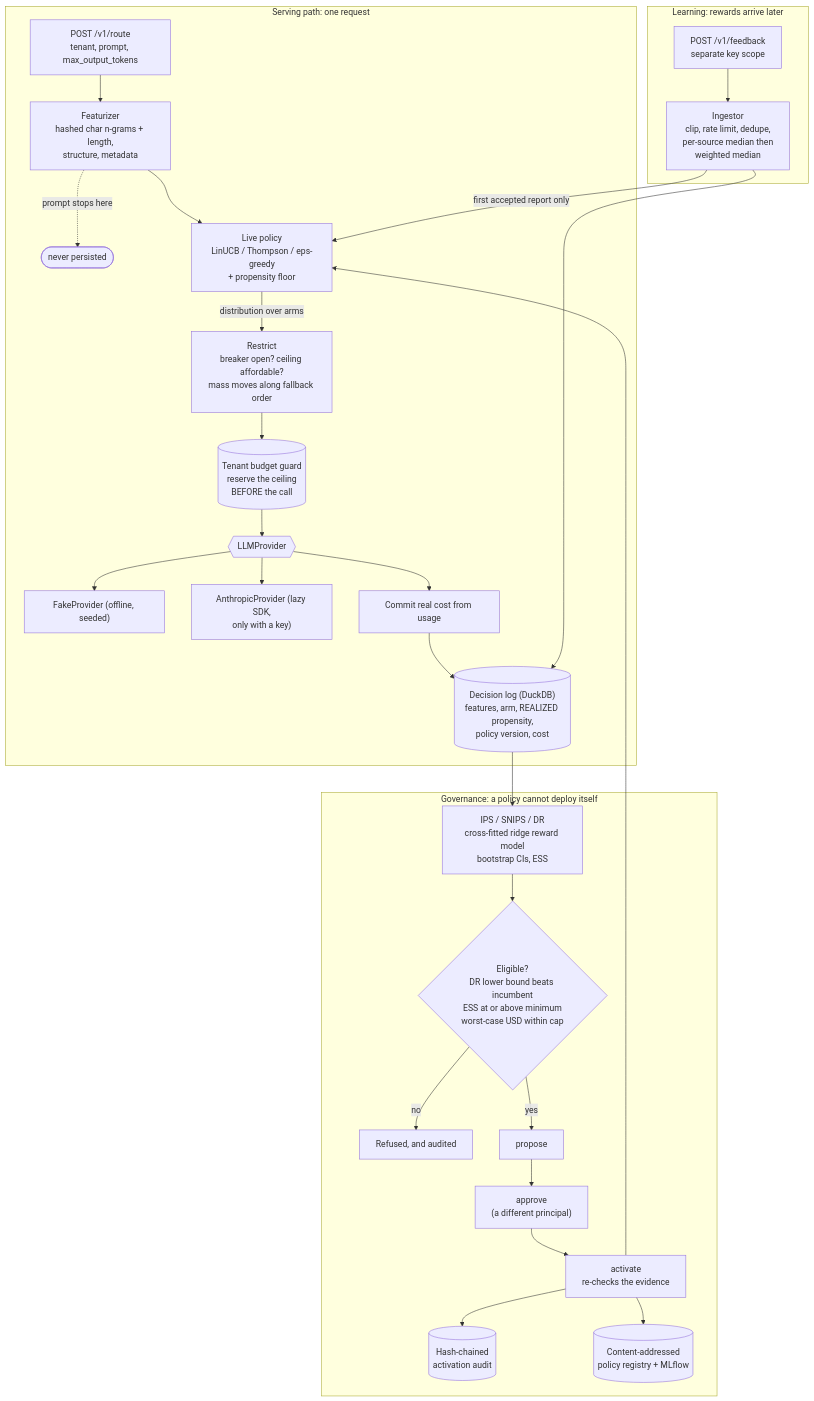
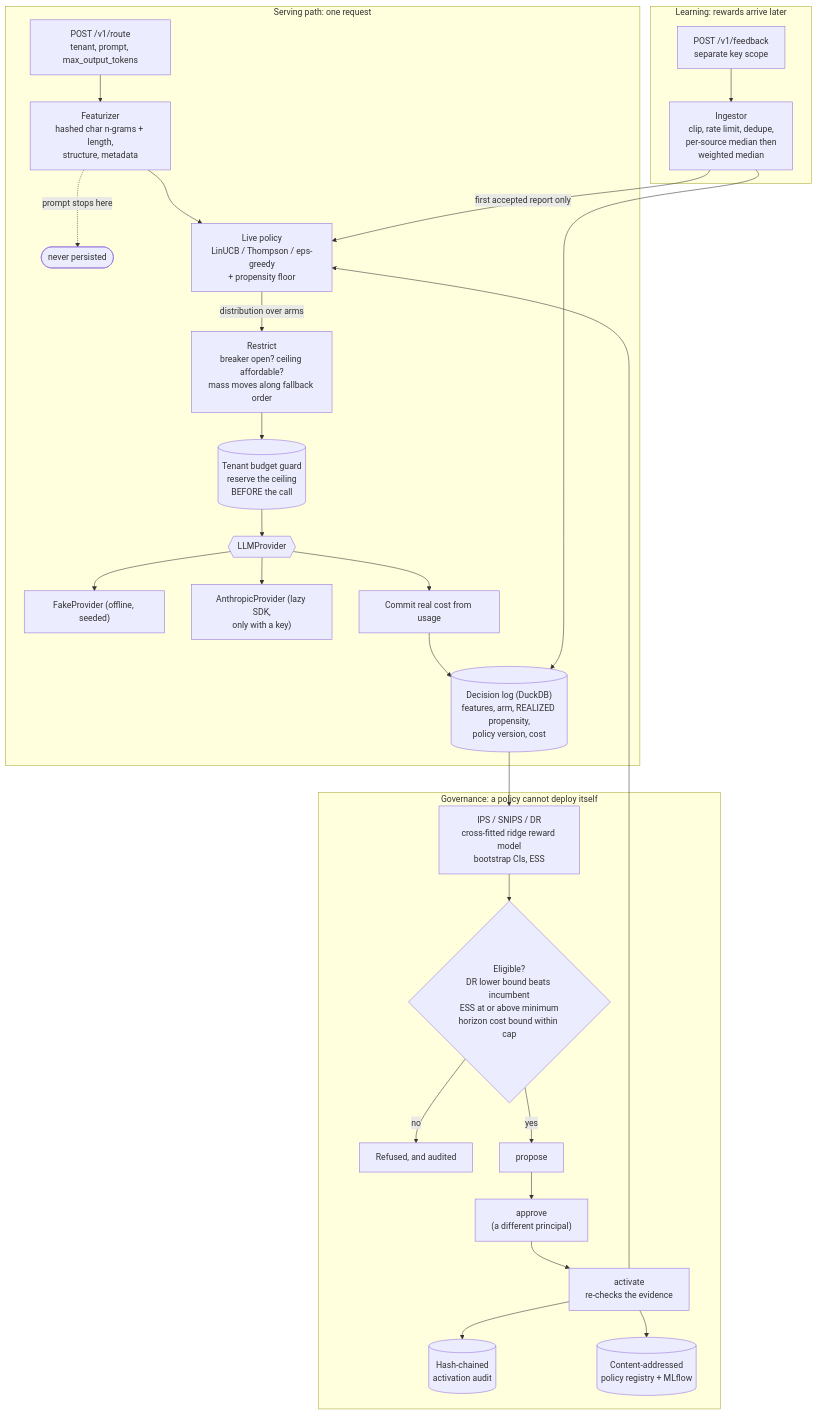
One commit to rouviere-german/bandit-llm-router changed the diagram in README.md. Above: the diagram before and after it, drawn with Mermaid. The commit also changed other lines of this file and 7 other files, not shown here.

````diff
--- a/README.md
+++ b/README.md
@@ -33,33 +33,33 @@
 ```mermaid
 flowchart TB
     subgraph serve["Serving path: one request"]
         req["POST /v1/route<br/>tenant, prompt, max_output_tokens"] --> feat["Featurizer<br/>hashed char n-grams + length,<br/>structure, metadata"]
         feat -.->|"prompt stops here"| stop(["never persisted"])
         feat --> pol["Live policy<br/>LinUCB / Thompson / eps-greedy<br/>+ propensity floor"]
         pol -->|"distribution over arms"| restrict["Restrict<br/>breaker open? ceiling affordable?<br/>mass moves along fallback order"]
         restrict --> reserve[("Tenant budget guard<br/>reserve the ceiling<br/>BEFORE the call")]
         reserve --> prov{{"LLMProvider"}}
         prov --> fake["FakeProvider (offline, seeded)"]
         prov --> claude["AnthropicProvider (lazy SDK,<br/>only with a key)"]
         prov --> commit["Commit real cost from usage"]
         commit --> log[("Decision log (DuckDB)<br/>features, arm, REALIZED propensity,<br/>policy version, cost")]
     end
 
     subgraph learn["Learning: rewards arrive later"]
         fb["POST /v1/feedback<br/>separate key scope"] --> ing["Ingestor<br/>clip, rate limit, dedupe,<br/>per-source median then<br/>weighted median"]
         ing --> log
         ing -->|"first accepted report only"| pol
     end
 
     subgraph gov["Governance: a policy cannot deploy itself"]
         log --> ope["IPS / SNIPS / DR<br/>cross-fitted ridge reward model<br/>bootstrap CIs, ESS"]
-        ope --> screen{"Eligible?<br/>DR lower bound beats incumbent<br/>ESS at or above minimum<br/>worst-case USD within cap"}
+        ope --> screen{"Eligible?<br/>DR lower bound beats incumbent<br/>ESS at or above minimum<br/>horizon cost bound within cap"}
         screen -->|no| refuse["Refused, and audited"]
         screen -->|yes| propose["propose"]
         propose --> approve["approve<br/>(a different principal)"]
         approve --> activate["activate<br/>re-checks the evidence"]
         activate --> pol
         activate --> audit[("Hash-chained<br/>activation audit")]
         activate --> reg[("Content-addressed<br/>policy registry + MLflow")]
     end
 ```
````
